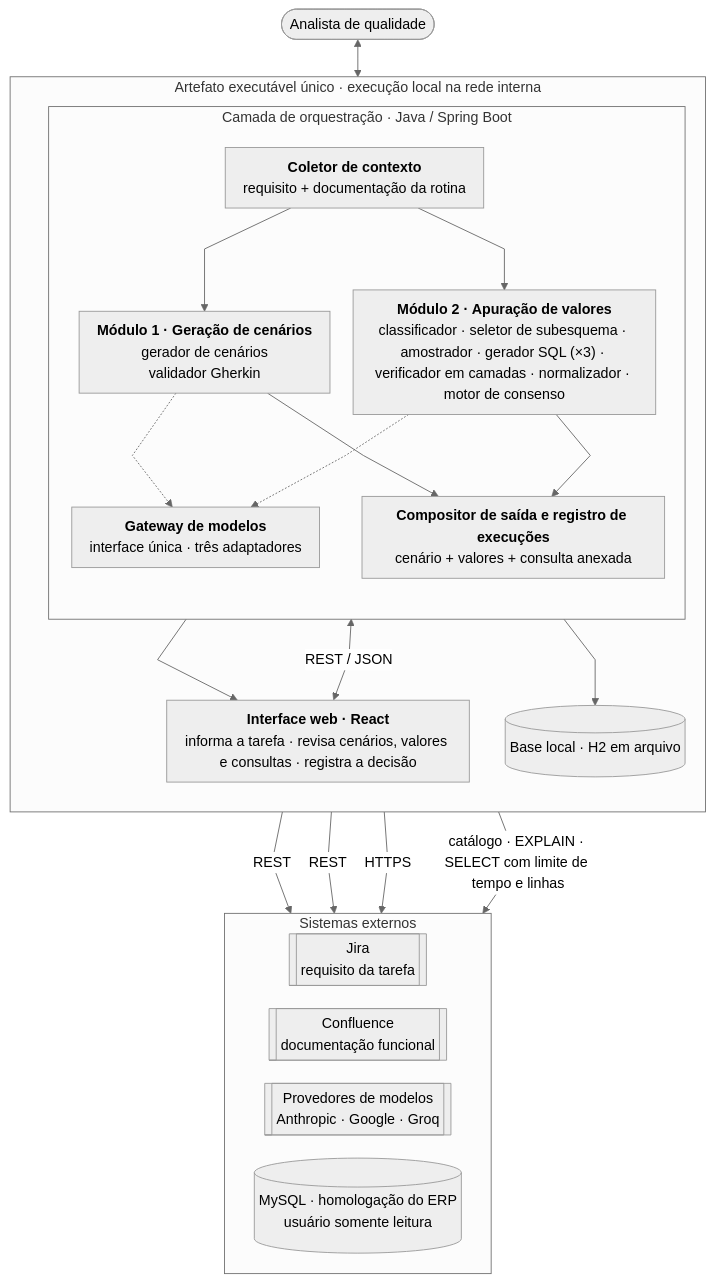
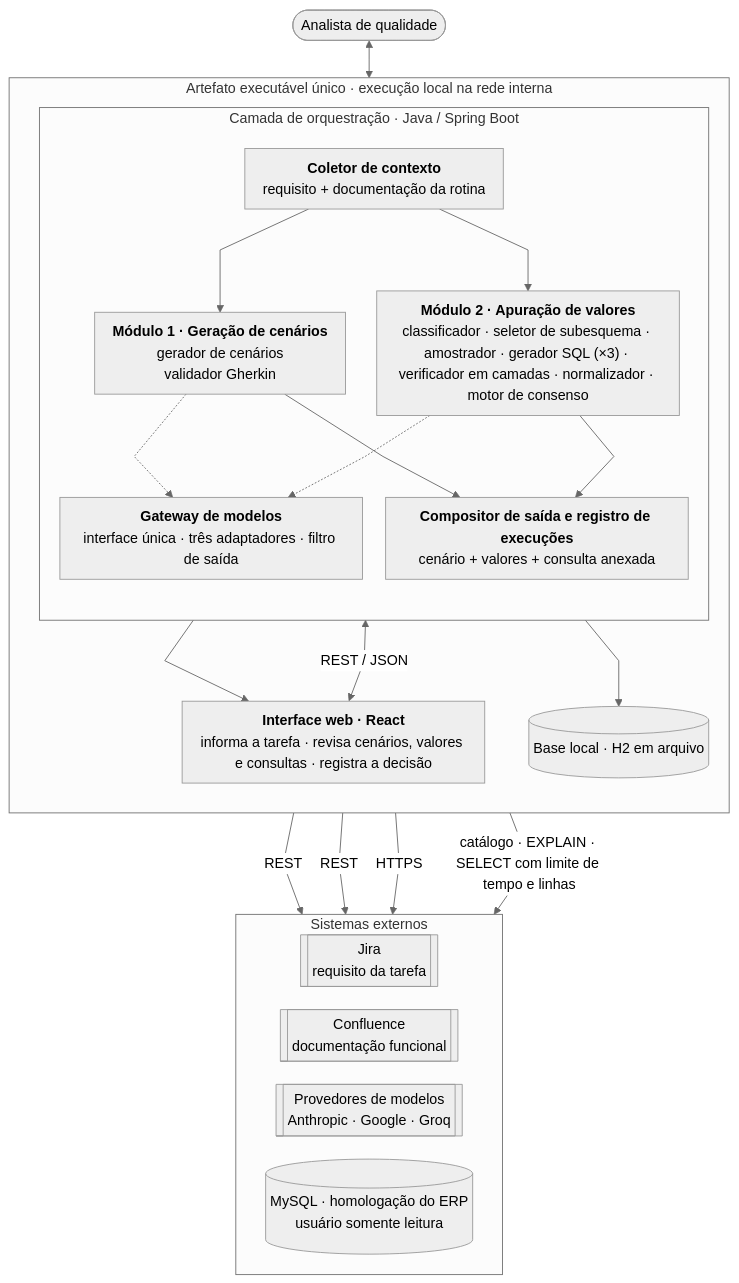
Before and after one commit to edukrause/PlataformaTestes: the diagram in docs/diagramas/arquitetura.mmd, drawn with Mermaid. The commit also changed 6 other files, not shown here.

First line of the commit message:
Adiciona diagrama de contexto e filtro de saída no gateway

```diff
--- a/docs/diagramas/arquitetura.mmd
+++ b/docs/diagramas/arquitetura.mmd
@@ -1,42 +1,42 @@
 %%{init: {"theme":"neutral","flowchart":{"curve":"linear","nodeSpacing":26,"rankSpacing":42,"padding":10,"wrappingWidth":300},"themeVariables":{"fontFamily":"Arial","fontSize":"16px"}}}%%
 flowchart TB
     AN(["Analista de qualidade"])
 
     subgraph LOCAL["Artefato executável único · execução local na rede interna"]
         direction TB
         UI["<b>Interface web · React</b><br/>informa a tarefa · revisa cenários, valores e consultas · registra a decisão"]
 
         subgraph ORQ["Camada de orquestração · Java / Spring Boot"]
             direction TB
             CTX["<b>Coletor de contexto</b><br/>requisito + documentação da rotina"]
             M1["<b>Módulo 1 · Geração de cenários</b><br/>gerador de cenários<br/>validador Gherkin"]
             M2["<b>Módulo 2 · Apuração de valores</b><br/>classificador · seletor de subesquema · amostrador · gerador SQL (×3) · verificador em camadas · normalizador · motor de consenso"]
-            GW["<b>Gateway de modelos</b><br/>interface única · três adaptadores"]
+            GW["<b>Gateway de modelos</b><br/>interface única · três adaptadores · filtro de saída"]
             CMP["<b>Compositor de saída e registro de execuções</b><br/>cenário + valores + consulta anexada"]
             CTX --> M1
             CTX --> M2
             M1 -.-> GW
             M2 -.-> GW
             M1 --> CMP
             M2 --> CMP
         end
 
         DBL[("Base local · H2 em arquivo")]
     end
 
     subgraph EXT["Sistemas externos"]
         direction LR
         JIRA[["Jira<br/>requisito da tarefa"]]
         CONF[["Confluence<br/>documentação funcional"]]
         LLM[["Provedores de modelos<br/>Anthropic · Google · Groq"]]
         ERP[("MySQL · homologação do ERP<br/>usuário somente leitura")]
     end
 
     AN <--> UI
     UI <-->|"REST / JSON"| CTX
     CMP --> UI
     CMP --> DBL
     CTX -->|"REST"| JIRA
     CTX -->|"REST"| CONF
     GW -->|"HTTPS"| LLM
     M2 -->|"catálogo · EXPLAIN · SELECT com limite de tempo e linhas"| ERP
```
